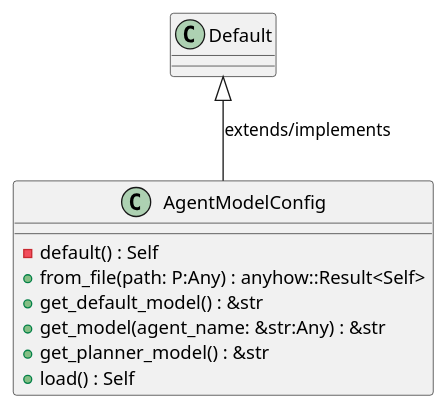
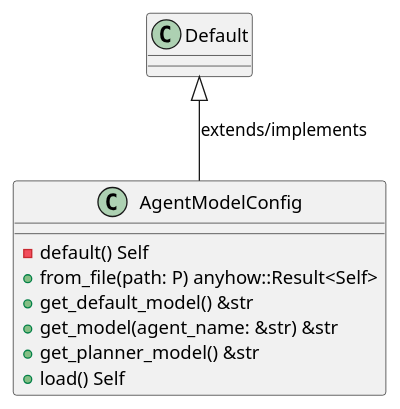
The first of 6 diagrams in openwiki/crates_factory_core_src_config.md (lgcorzo/rust_CACD_autonomous_factory), drawn with PlantUML before and after one commit. The commit also changed other lines of this file and 97 other files, not shown here.

First line of the commit message:
Fix Rust AST parsing for method and function parameters, and update OKF UML frontmatter

````diff
--- a/openwiki/crates_factory_core_src_config.md
+++ b/openwiki/crates_factory_core_src_config.md
@@ -220,14 +225,14 @@
 ```plantuml
 @startuml
 class AgentModelConfig {
-    -default() : Self
-    +from_file(path: P:Any) : anyhow::Result<Self>
-    +get_default_model() : &str
-    +get_model(agent_name: &str:Any) : &str
-    +get_planner_model() : &str
-    +load() : Self
+    -default() Self
+    +from_file(path: P) anyhow::Result<Self>
+    +get_default_model() &str
+    +get_model(agent_name: &str) &str
+    +get_planner_model() &str
+    +load() Self
 }
 Default <|-- AgentModelConfig : extends/implements
 @enduml
 
 ```
````
